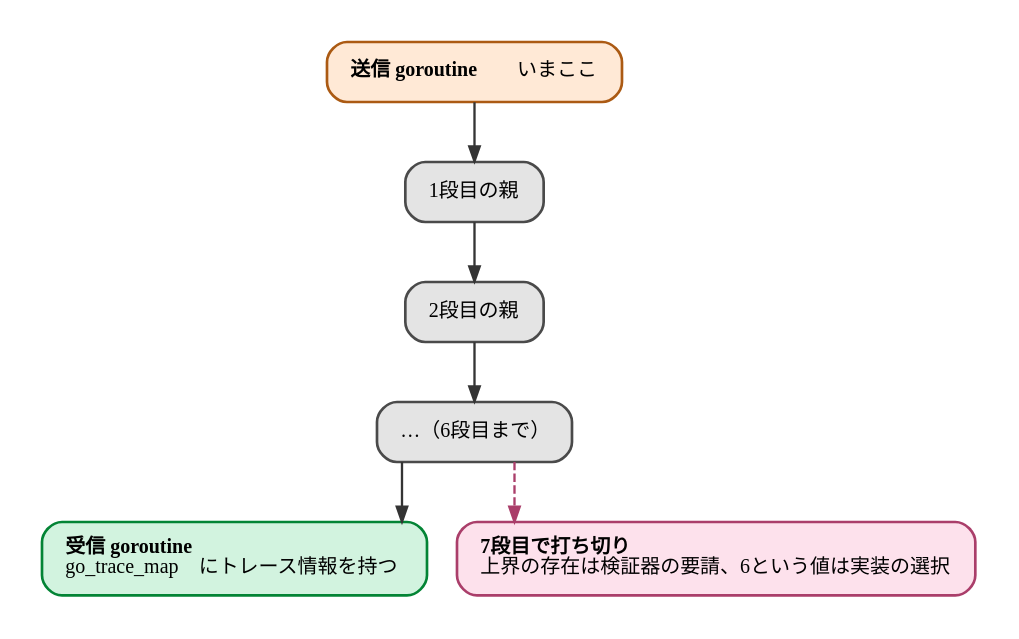
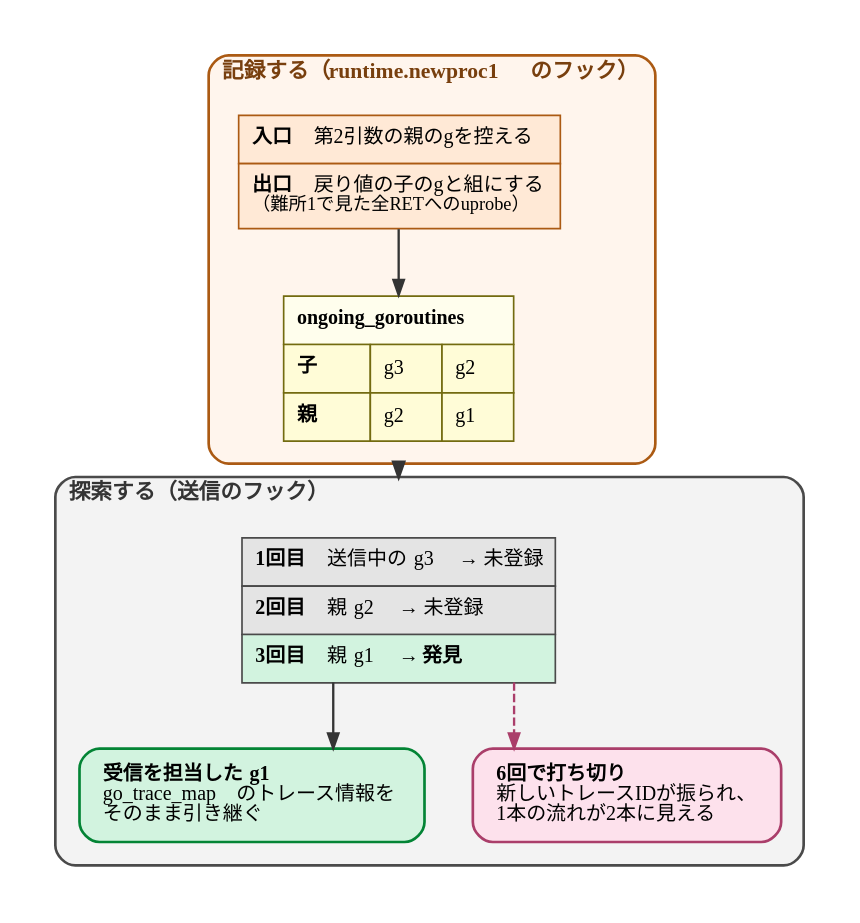
One commit to ymotongpoo/zenn.dev changed the diagram in diagrams/go-ebpf-primer/20260820-parent-walk.dot. Above: the diagram before and after it, drawn with Graphviz. The commit also changed 13 other files, not shown here.

First line of the commit message:
fix(go-ebpf-primer): 図の誤りを直し、本文のキャプションを整合させる

```diff
--- a/diagrams/go-ebpf-primer/20260820-parent-walk.dot
+++ b/diagrams/go-ebpf-primer/20260820-parent-walk.dot
@@ -1,35 +1,71 @@
-// 親を6段まで遡る
+// goroutineの親子を記録し、送信時に自分から親へ遡って開始情報を探す
+//
+// 本文幅は環境によっては700pxしかないので、上下2段（記録→探索）に積んで
+// 縦に組んでいる。スライド用には同名の別バージョン（横長）がある。
 digraph parent_walk {
   graph [
-    rankdir=TB, splines=ortho,
+    rankdir=TB, splines=ortho, compound=true, newrank=true,
+    nodesep=0.4, ranksep=0.55, pad=0.25,
     fontname="IBM Plex Sans JP", fontsize=13,
-    bgcolor="white", pad=0.25
+    bgcolor="white"
   ];
   node [
     fontname="IBM Plex Sans JP", fontsize=12,
     shape=box, style="rounded,filled",
     fillcolor="#F1F1F1", color="#4A4A4A", penwidth=1.6,
     margin="0.2,0.14"
   ];
   edge [
     fontname="IBM Plex Sans JP", fontsize=11,
     color="#343434", penwidth=1.4, arrowsize=0.9,
     fontcolor="#171717"
   ];
 
-  cur [label=<<b>送信 goroutine</b>　いまここ>, fillcolor="#FFE9D6", color="#AB5A13"];
-  p1 [label=<1段目の親>, fillcolor="#E4E4E4"];
-  p2 [label=<2段目の親>, fillcolor="#E4E4E4"];
-  dots [label=<…（6段目まで）>, fillcolor="#E4E4E4"];
+  // ---- 記録する ----
+  subgraph cluster_rec {
+    label=<<b>記録する（<font face="JetBrains Mono">runtime.newproc1</font> のフック）</b>>;
+    style="rounded"; labeljust="l"; penwidth=1.6; margin=14;
+    color="#AB5A13"; fontcolor="#783F0E"; bgcolor="#FFF5ED";
 
-  root [label=<<b>受信 goroutine</b><br align="left"/><font face="JetBrains Mono">go_trace_map</font> にトレース情報を持つ<br align="left"/>>, fillcolor="#D2F3DF", color="#038435"];
-  over [label=<<b>7段目で打ち切り</b><br align="left"/>上界の存在は検証器の要請、6という値は実装の選択<br align="left"/>>, fillcolor="#FDE1EC", color="#AA3E6A"];
+    hooks [shape=plain, style="", label=<
+      <table border="0" cellborder="1" cellspacing="0" cellpadding="7" color="#AB5A13">
+        <tr><td align="left" bgcolor="#FFE9D6"><b>入口</b>　第2引数の親のgを控える</td></tr>
+        <tr><td align="left" bgcolor="#FFE9D6"><b>出口</b>　戻り値の子のgと組にする<br align="left"/><font point-size="11">（難所1で見た全RETへのuprobe）</font><br align="left"/></td></tr>
+      </table>>];
 
-  { rank=same; root; over; }
+    pairs [shape=plain, style="", label=<
+      <table border="0" cellborder="1" cellspacing="0" cellpadding="7" color="#736B10">
+        <tr><td colspan="3" align="left" bgcolor="#FFFEED"><b><font face="JetBrains Mono">ongoing_goroutines</font></b></td></tr>
+        <tr><td align="left" bgcolor="#FFFCD7"><b>子</b></td><td align="left" bgcolor="#FFFCD7"><font face="JetBrains Mono">g3</font></td><td align="left" bgcolor="#FFFCD7"><font face="JetBrains Mono">g2</font></td></tr>
+        <tr><td align="left" bgcolor="#FFFCD7"><b>親</b></td><td align="left" bgcolor="#FFFCD7"><font face="JetBrains Mono">g2</font></td><td align="left" bgcolor="#FFFCD7"><font face="JetBrains Mono">g1</font></td></tr>
+      </table>>];
 
-  cur -> p1;
-  p1 -> p2;
-  p2 -> dots;
-  dots -> root;
-  dots -> over [style=dashed, color="#AA3E6A"];
+    hooks -> pairs;
+  }
+
+  // ---- 探索する ----
+  subgraph cluster_walk {
+    label=<<b>探索する（送信のフック）</b>>;
+    style="rounded"; labeljust="l"; penwidth=1.6; margin=14;
+    color="#4A4A4A"; fontcolor="#343434"; bgcolor="#F3F3F3";
+
+    tries [shape=plain, style="", label=<
+      <table border="0" cellborder="1" cellspacing="0" cellpadding="7" color="#4A4A4A">
+        <tr><td align="left" bgcolor="#E4E4E4"><b>1回目</b>　送信中の <font face="JetBrains Mono">g3</font>　→ 未登録</td></tr>
+        <tr><td align="left" bgcolor="#E4E4E4"><b>2回目</b>　親 <font face="JetBrains Mono">g2</font>　→ 未登録</td></tr>
+        <tr><td align="left" bgcolor="#D2F3DF"><b>3回目</b>　親 <font face="JetBrains Mono">g1</font>　→ <b>発見</b></td></tr>
+      </table>>];
+
+    found [label=<<b>受信を担当した <font face="JetBrains Mono">g1</font></b><br align="left"/><font face="JetBrains Mono">go_trace_map</font> のトレース情報を<br align="left"/>そのまま引き継ぐ<br align="left"/>>,
+           fillcolor="#D2F3DF", color="#038435"];
+    over  [label=<<b>6回で打ち切り</b><br align="left"/>新しいトレースIDが振られ、<br align="left"/>1本の流れが2本に見える<br align="left"/>>,
+           fillcolor="#FDE1EC", color="#AA3E6A"];
+
+    tries -> found;
+    tries -> over [style=dashed, color="#AA3E6A"];
+
+    { rank=same; found; over; }
+  }
+
+  pairs -> tries [ltail=cluster_rec, lhead=cluster_walk, penwidth=1.8];
 }
```
